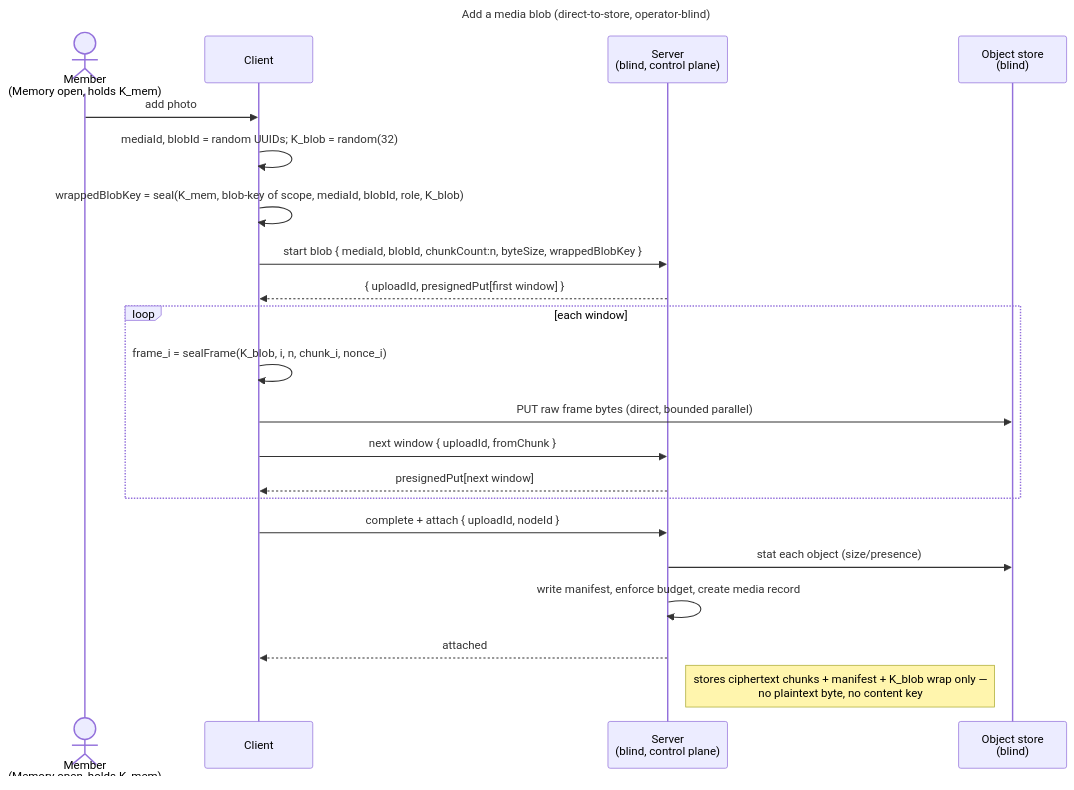
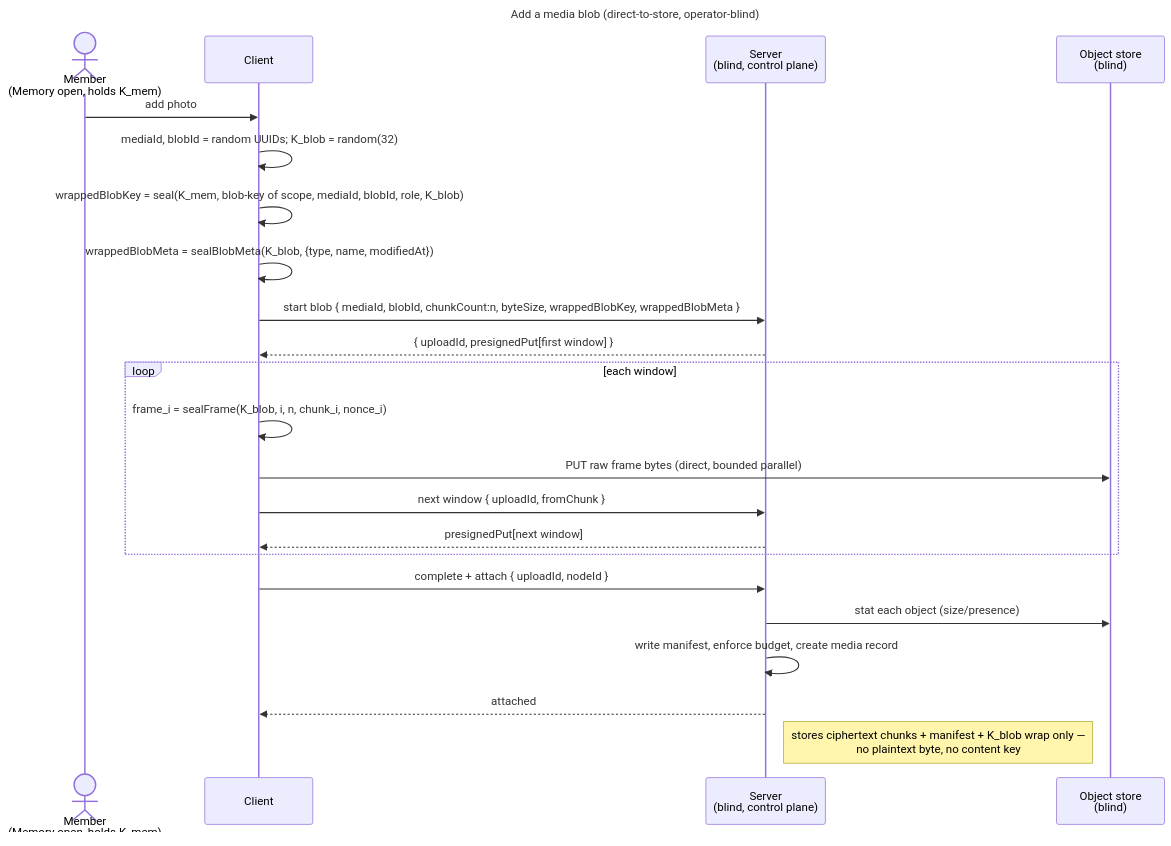
One commit to raddatzk/veyq changed the diagram in docs/features/memory/enablers/en.memory.media.md. Above: the diagram before and after it, drawn with Mermaid. The commit also changed other lines of this file and 9 other files, not shown here.

````diff
--- a/docs/features/memory/enablers/en.memory.media.md
+++ b/docs/features/memory/enablers/en.memory.media.md
@@ -84,26 +91,27 @@
 ```mermaid
 ---
 title: Add a media blob (direct-to-store, operator-blind)
 ---
 sequenceDiagram
   actor U as Member<br>(Memory open, holds K_mem)
   participant C as Client
   participant S as Server<br>(blind, control plane)
   participant O as Object store<br>(blind)
   U->>C: add photo
   C->>C: mediaId, blobId = random UUIDs#59; K_blob = random(32)
   C->>C: wrappedBlobKey = seal(K_mem, blob-key of scope, mediaId, blobId, role, K_blob)
-  C->>S: start blob { mediaId, blobId, chunkCount:n, byteSize, wrappedBlobKey }
+  C->>C: wrappedBlobMeta = sealBlobMeta(K_blob, {type, name, modifiedAt})
+  C->>S: start blob { mediaId, blobId, chunkCount:n, byteSize, wrappedBlobKey, wrappedBlobMeta }
   S-->>C: { uploadId, presignedPut[first window] }
   loop each window
     C->>C: frame_i = sealFrame(K_blob, i, n, chunk_i, nonce_i)
     C->>O: PUT raw frame bytes  (direct, bounded parallel)
     C->>S: next window { uploadId, fromChunk }
     S-->>C: presignedPut[next window]
   end
   C->>S: complete + attach { uploadId, nodeId }
   S->>O: stat each object (size/presence)
   S->>S: write manifest, enforce budget, create media record
   S-->>C: attached
   Note right of S: stores ciphertext chunks + manifest + K_blob wrap only —<br>no plaintext byte, no content key
 ```
````
